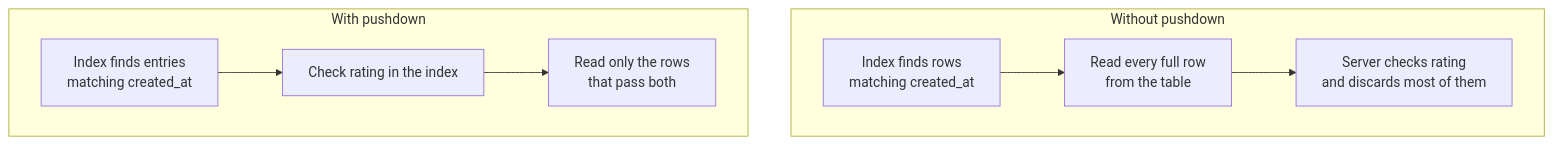
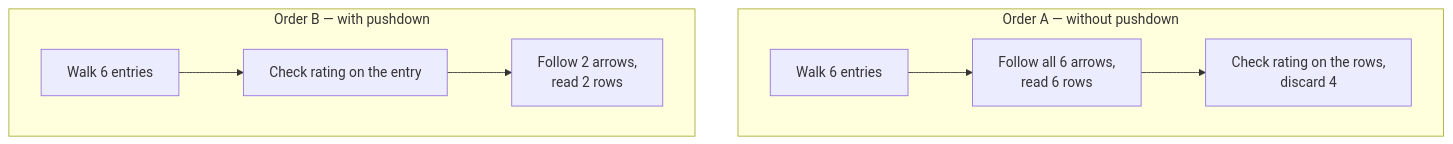
The fourth of 4 diagrams in Backend Engineering/16-Scaling-Reads/03-Composite-Indexes.md (Dummy-Bug/system-design-handbook), drawn with Mermaid before and after one commit. The commit also changed other lines of this file and 6 other files, not shown here.

````diff
--- a/Backend Engineering/16-Scaling-Reads/03-Composite-Indexes.md
+++ b/Backend Engineering/16-Scaling-Reads/03-Composite-Indexes.md
@@ -117,11 +444,11 @@
 ```mermaid
 flowchart TB
-    subgraph W["Without pushdown"]
-        A1["Index finds rows<br/>matching created_at"] --> A2["Read every full row<br/>from the table"]
-        A2 --> A3["Server checks rating<br/>and discards most of them"]
+    subgraph A["Order A — without pushdown"]
+        A1["Walk 6 entries"] --> A2["Follow all 6 arrows,<br/>read 6 rows"]
+        A2 --> A3["Check rating on the rows,<br/>discard 4"]
     end
-    subgraph P["With pushdown"]
-        B1["Index finds entries<br/>matching created_at"] --> B2["Check rating in the index"]
-        B2 --> B3["Read only the rows<br/>that pass both"]
+    subgraph B["Order B — with pushdown"]
+        B1["Walk 6 entries"] --> B2["Check rating on the entry"]
+        B2 --> B3["Follow 2 arrows,<br/>read 2 rows"]
     end
 ```
````
